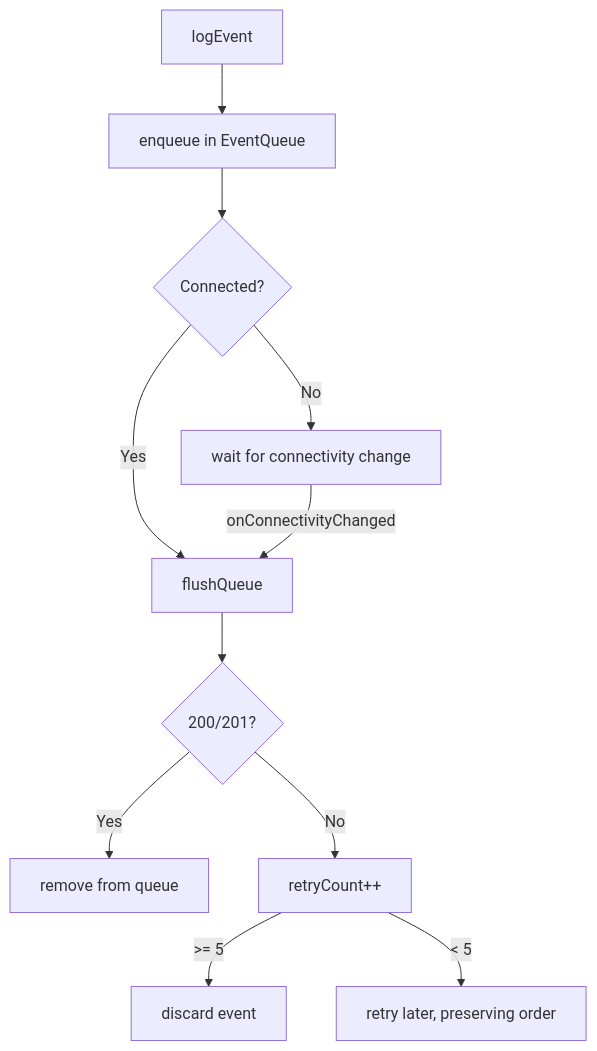
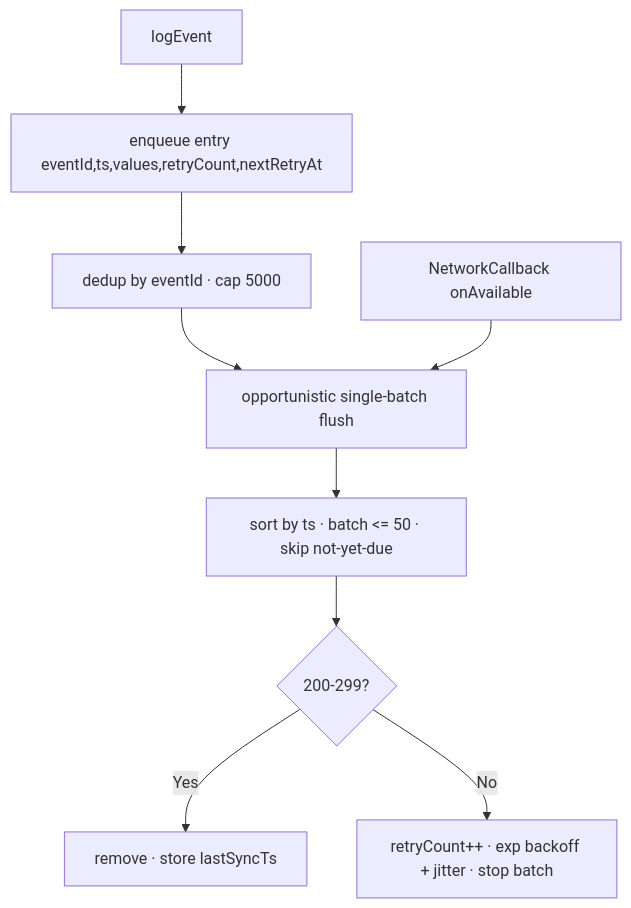
The diagram in docs/en/telemetry.md (StrawberryFrappe/Therapets), drawn with Mermaid before and after one commit. The commit also changed other lines of this file and 16 other files, not shown here.

````diff
--- a/docs/en/telemetry.md
+++ b/docs/en/telemetry.md
@@ -96,13 +134,11 @@
 ```mermaid
 graph TD
-    A[logEvent] --> B[enqueue in EventQueue]
-    B --> C{Connected?}
-    C -->|Yes| D[flushQueue]
-    C -->|No| E[wait for connectivity change]
-    E -->|onConnectivityChanged| D
-    D --> F{200/201?}
-    F -->|Yes| G[remove from queue]
-    F -->|No| H[retryCount++]
-    H -->|>= 5| I[discard event]
-    H -->|< 5| J[retry later, preserving order]
+    A[logEvent] --> B[enqueue entry eventId,ts,values,retryCount,nextRetryAt]
+    B --> C[dedup by eventId · cap 5000]
+    C --> D[opportunistic single-batch flush]
+    E[NetworkCallback onAvailable] --> D
+    D --> F[sort by ts · batch <= 50 · skip not-yet-due]
+    F --> G{200-299?}
+    G -->|Yes| H[remove · store lastSyncTs]
+    G -->|No| I[retryCount++ · exp backoff + jitter · stop batch]
 ```
````
